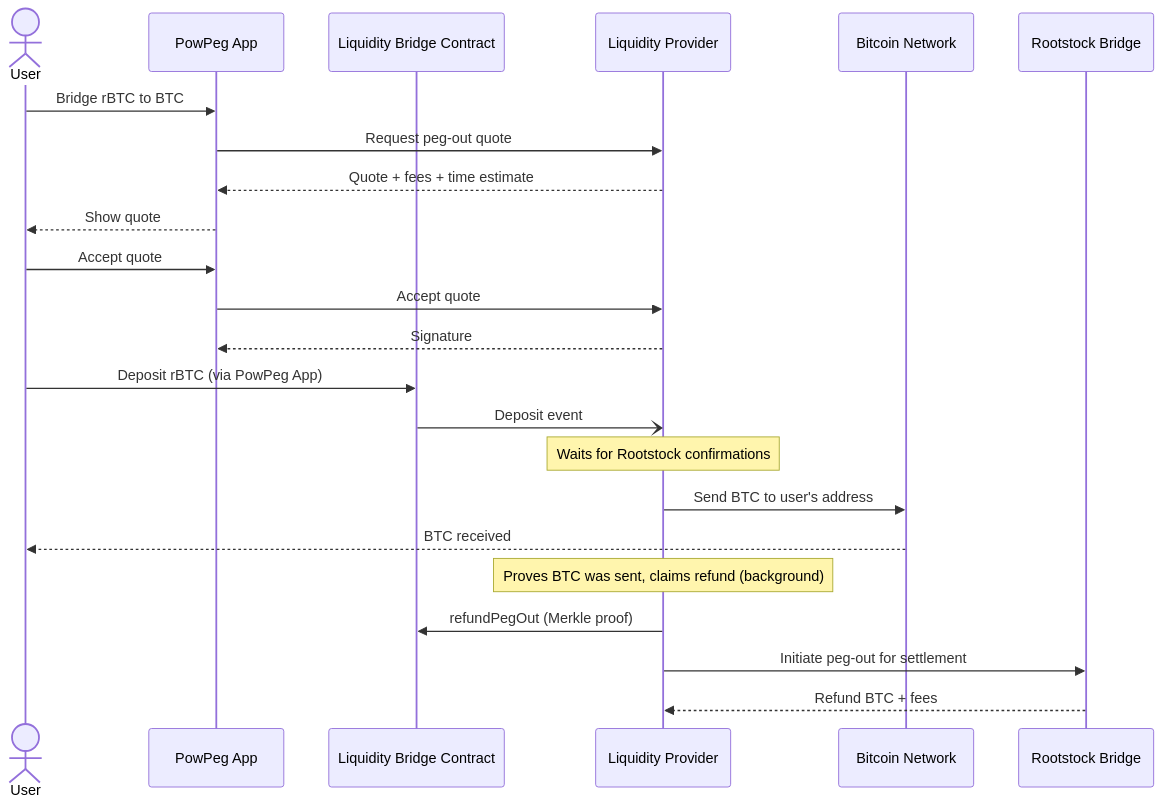
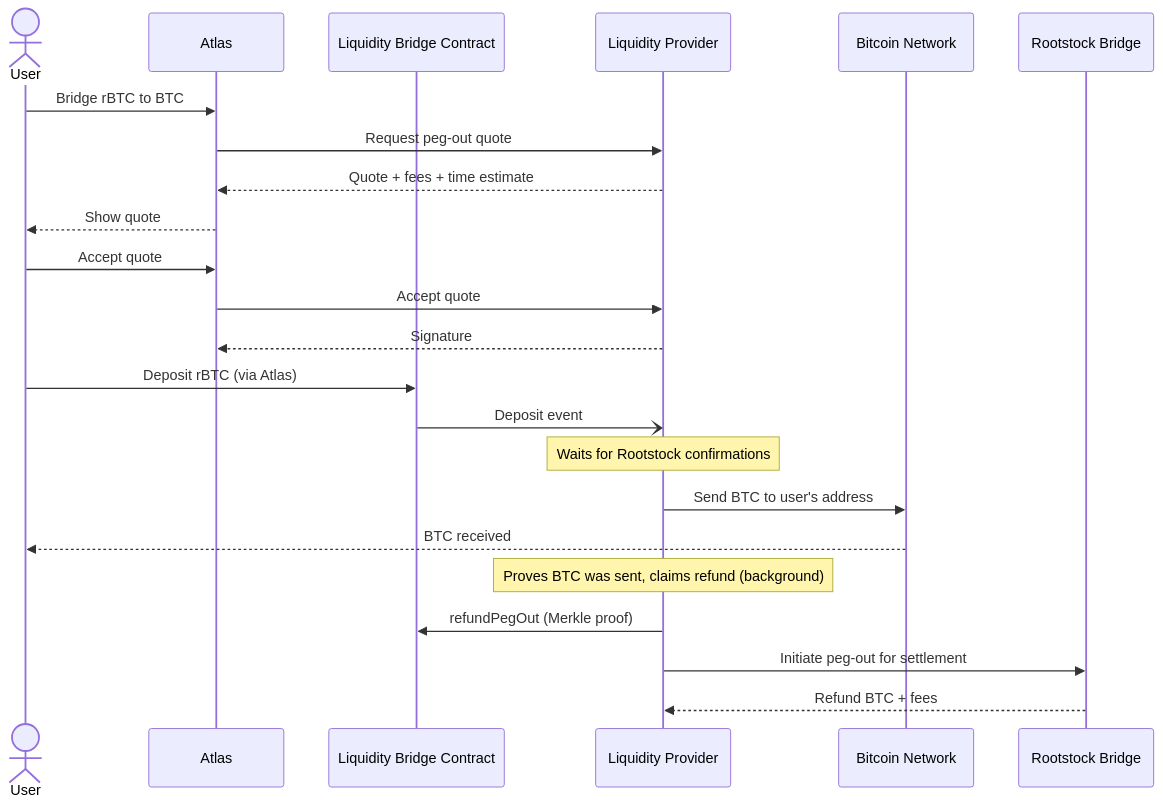
One commit to rsksmart/devportal changed the fourth of 4 diagrams in docs/02-developers/06-integrate/02-flyover/index.md. Above: the diagram before and after it, drawn with Mermaid. The commit also changed other lines of this file and 50 other files, not shown here.

First line of the commit message:
docs: retire the PowPeg App guides in favour of Atlas (#594)

````diff
--- a/docs/02-developers/06-integrate/02-flyover/index.md
+++ b/docs/02-developers/06-integrate/02-flyover/index.md
@@ -167,32 +167,32 @@
 ```mermaid
 sequenceDiagram
     actor User
-    participant App as PowPeg App
+    participant App as Atlas
     participant LBC as Liquidity Bridge Contract
     participant LP as Liquidity Provider
     participant BTC as Bitcoin Network
     participant Bridge as Rootstock Bridge
 
     User->>App: Bridge rBTC to BTC
     App->>LP: Request peg-out quote
     LP-->>App: Quote + fees + time estimate
     App-->>User: Show quote
 
     User->>App: Accept quote
     App->>LP: Accept quote
     LP-->>App: Signature
 
-    User->>LBC: Deposit rBTC (via PowPeg App)
+    User->>LBC: Deposit rBTC (via Atlas)
     LBC-)LP: Deposit event
 
     Note over LP: Waits for Rootstock confirmations
 
     LP->>BTC: Send BTC to user's address
     BTC-->>User: BTC received
 
     Note over LP: Proves BTC was sent, claims refund (background)
 
     LP->>LBC: refundPegOut (Merkle proof)
     LP->>Bridge: Initiate peg-out for settlement
     Bridge-->>LP: Refund BTC + fees
 ```
````
